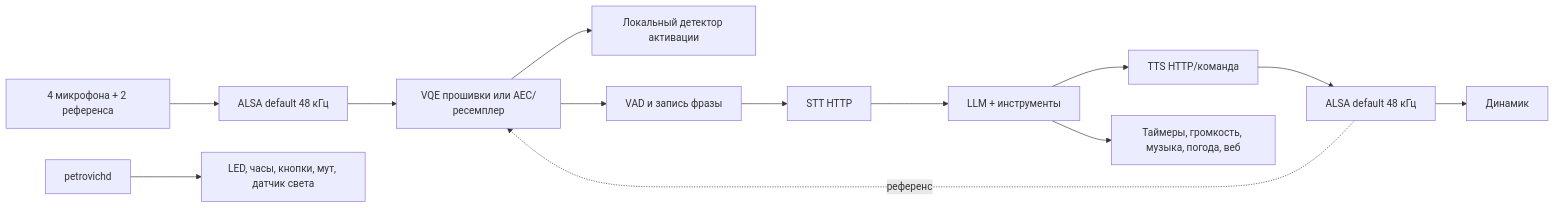
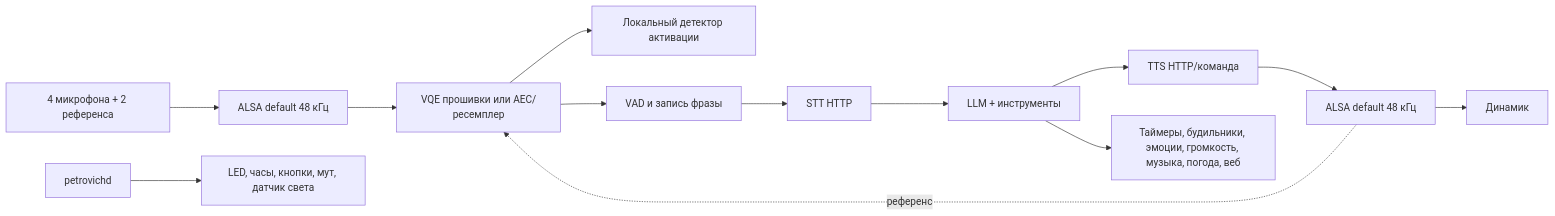
The diagram in README.md (makriq-fun/petrovich-assistant), drawn with Mermaid before and after one commit. The commit also changed other lines of this file and 25 other files, not shown here.

First line of the commit message:
feat: будильники, эмоции, Spotya и надёжное завершение ответа

````diff
--- a/README.md
+++ b/README.md
@@ -60,15 +63,15 @@
 ```mermaid
 flowchart LR
     Mic[4 микрофона + 2 референса] --> ALSA[ALSA default 48 кГц]
     ALSA --> VQE[VQE прошивки или AEC/ресемплер]
     VQE --> WW[Локальный детектор активации]
     VQE --> VAD[VAD и запись фразы]
     VAD --> STT[STT HTTP]
     STT --> LLM[LLM + инструменты]
     LLM --> TTS[TTS HTTP/команда]
     TTS --> Play[ALSA default 48 кГц]
     Play --> Speaker[Динамик]
     Play -. референс .-> VQE
-    LLM --> Tools[Таймеры, громкость, музыка, погода, веб]
+    LLM --> Tools[Таймеры, будильники, эмоции, громкость, музыка, погода, веб]
     Daemon[petrovichd] --> HW[LED, часы, кнопки, мут, датчик света]
 ```
````
